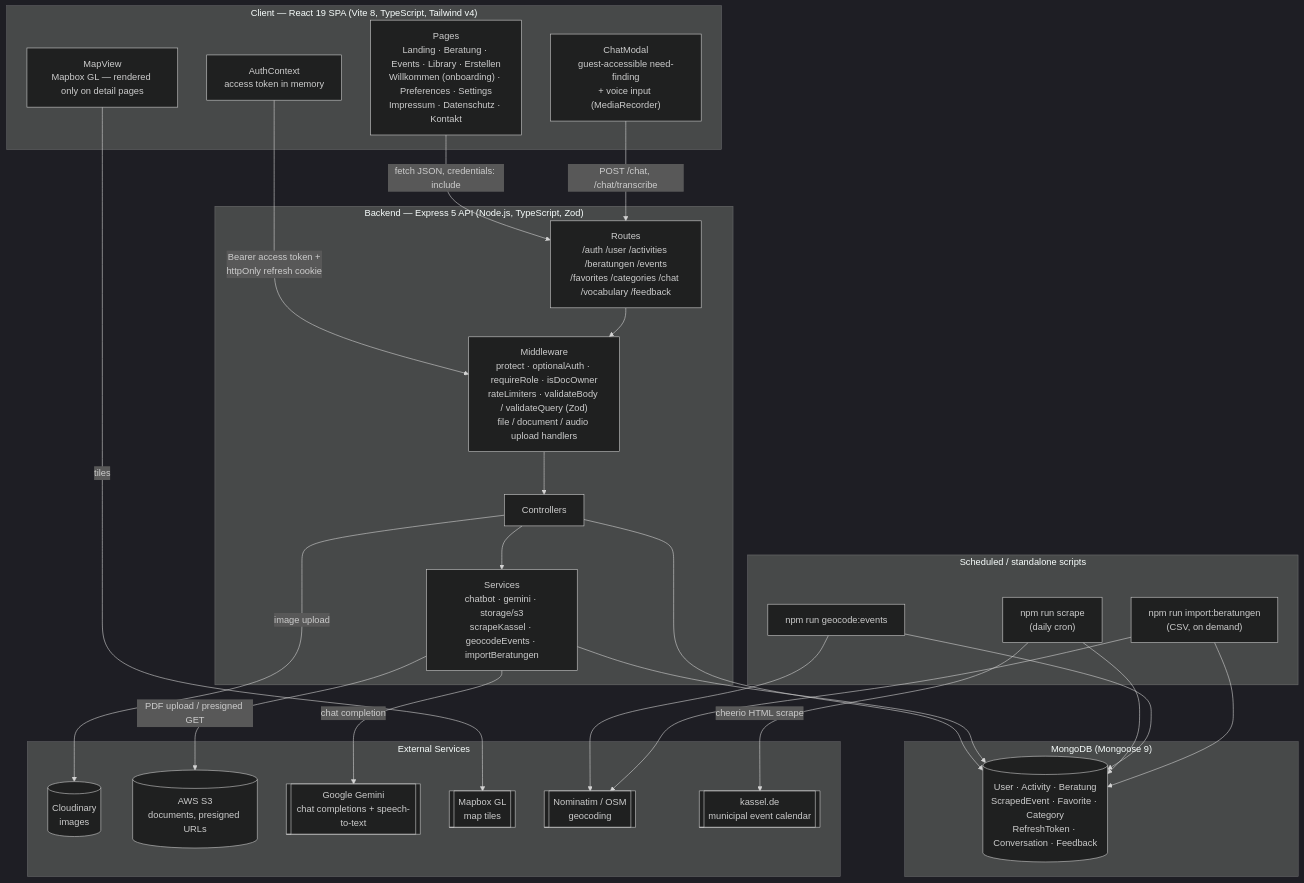
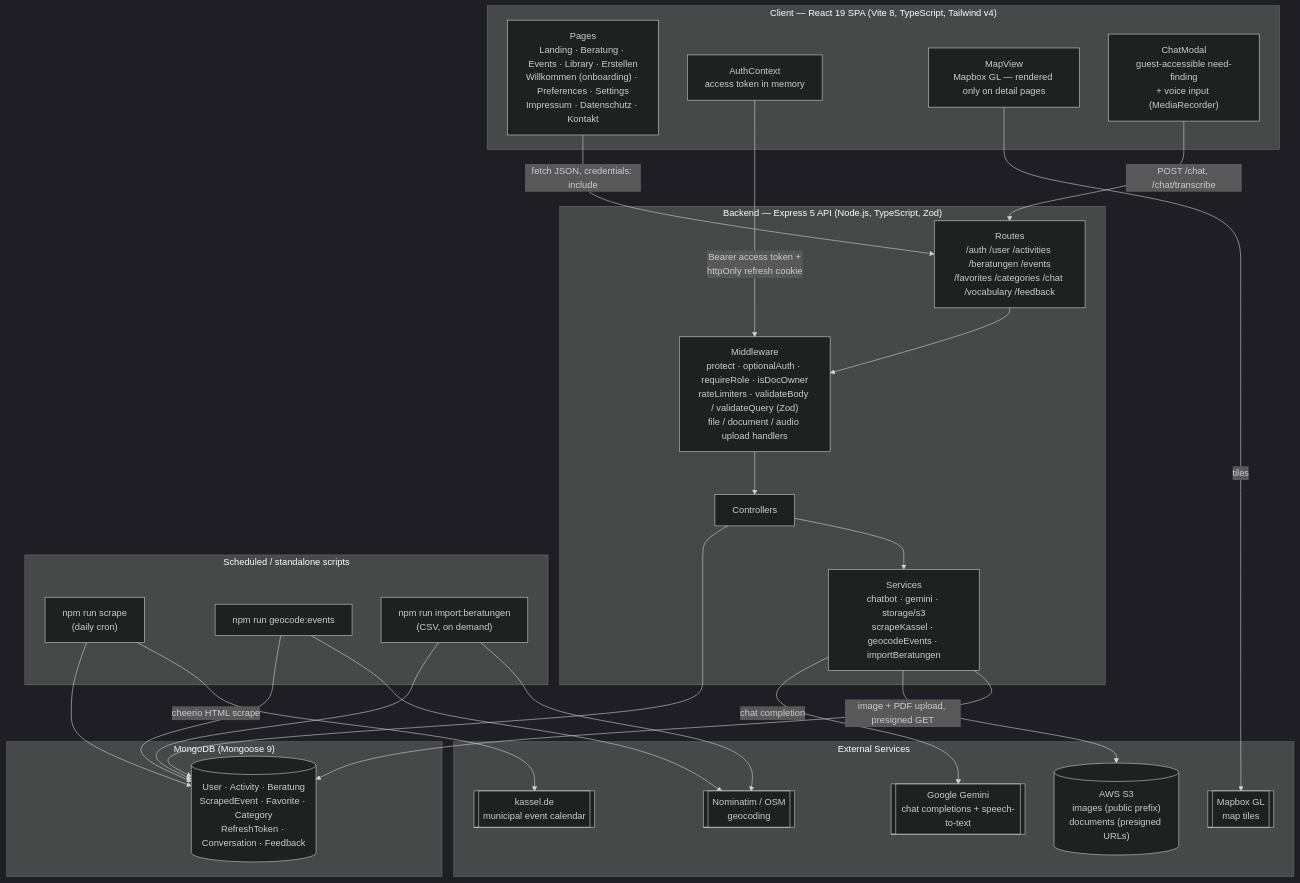
One commit to jonas-fink/SokoRefactor changed the first of 3 diagrams in README.md. Above: the diagram before and after it, drawn with Mermaid (dark theme). The commit also changed other lines of this file and 39 other files, not shown here.

````diff
--- a/README.md
+++ b/README.md
@@ -27,55 +27,53 @@
 ```mermaid
 flowchart TB
     subgraph Client["Client — React 19 SPA (Vite 8, TypeScript, Tailwind v4)"]
         UI["Pages\nLanding · Beratung · Events · Library · Erstellen\nWillkommen (onboarding) · Preferences · Settings\nImpressum · Datenschutz · Kontakt"]
         AuthCtx["AuthContext\naccess token in memory"]
         MapView["MapView\nMapbox GL — rendered only on detail pages"]
         ChatModal["ChatModal\nguest-accessible need-finding\n+ voice input (MediaRecorder)"]
     end
 
     subgraph API["Backend — Express 5 API (Node.js, TypeScript, Zod)"]
         MW["Middleware\nprotect · optionalAuth · requireRole · isDocOwner\nrateLimiters · validateBody / validateQuery (Zod)\nfile / document / audio upload handlers"]
         Routes["Routes\n/auth /user /activities /beratungen /events\n/favorites /categories /chat /vocabulary /feedback"]
         Ctrl["Controllers"]
         Svc["Services\nchatbot · gemini · storage/s3\nscrapeKassel · geocodeEvents · importBeratungen"]
     end
 
     subgraph DB["MongoDB (Mongoose 9)"]
         Mongo[("User · Activity · Beratung\nScrapedEvent · Favorite · Category\nRefreshToken · Conversation · Feedback")]
     end
 
     subgraph External["External Services"]
-        Cloudinary[("Cloudinary\nimages")]
-        S3[("AWS S3\ndocuments, presigned URLs")]
+        S3[("AWS S3\nimages (public prefix)\ndocuments (presigned URLs)")]
         Gemini[["Google Gemini\nchat completions + speech-to-text"]]
         Mapbox[["Mapbox GL\nmap tiles"]]
         Nominatim[["Nominatim / OSM\ngeocoding"]]
         Kassel[["kassel.de\nmunicipal event calendar"]]
     end
 
     subgraph Cron["Scheduled / standalone scripts"]
         Scraper["npm run scrape\n(daily cron)"]
         Geocode["npm run geocode:events"]
         Import["npm run import:beratungen\n(CSV, on demand)"]
     end
 
     UI -- "fetch JSON, credentials: include" --> Routes
     AuthCtx -- "Bearer access token +\nhttpOnly refresh cookie" --> MW
     MapView -- "tiles" --> Mapbox
     ChatModal -- "POST /chat, /chat/transcribe" --> Routes
 
     Routes --> MW --> Ctrl --> Svc
     Ctrl --> Mongo
     Svc --> Mongo
 
-    Ctrl -- "image upload" --> Cloudinary
-    Svc -- "PDF upload / presigned GET" --> S3
+    Svc -- "image + PDF upload, presigned GET" --> S3
     Svc -- "chat completion" --> Gemini
 
     Scraper -- "cheerio HTML scrape" --> Kassel
     Scraper --> Mongo
     Geocode --> Nominatim
     Geocode --> Mongo
     Import --> Nominatim
     Import --> Mongo
 ```
````
